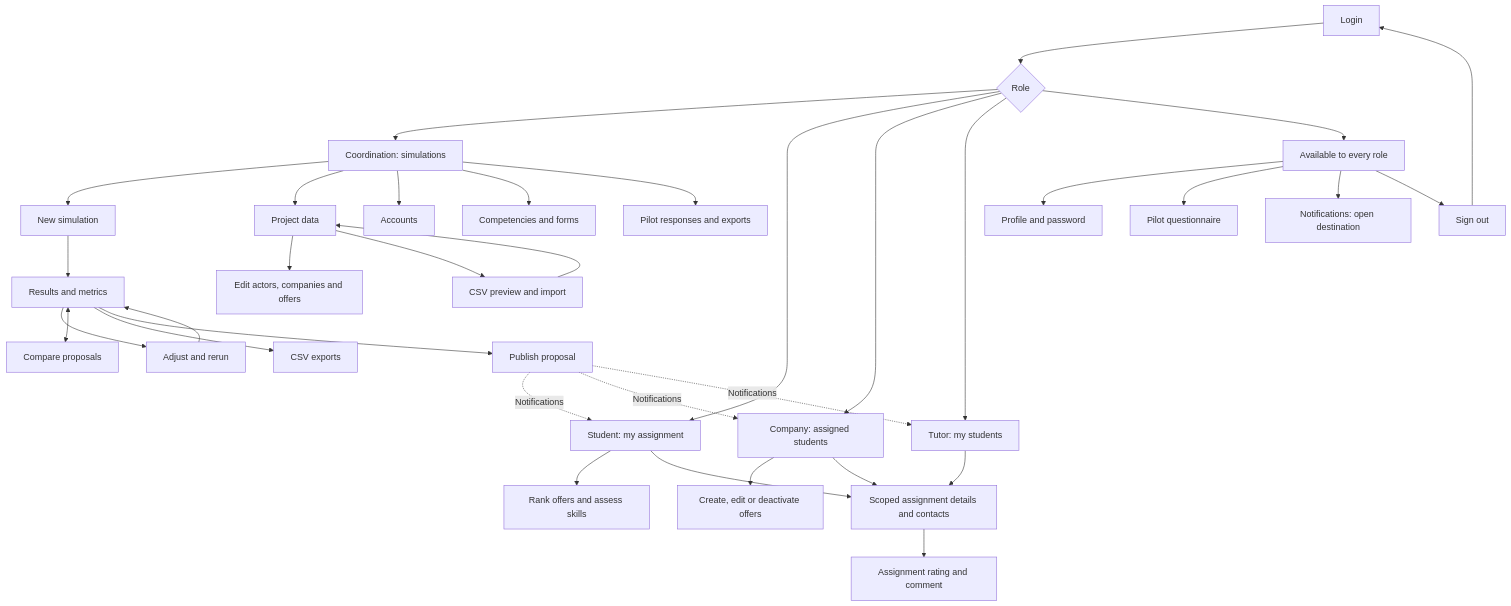
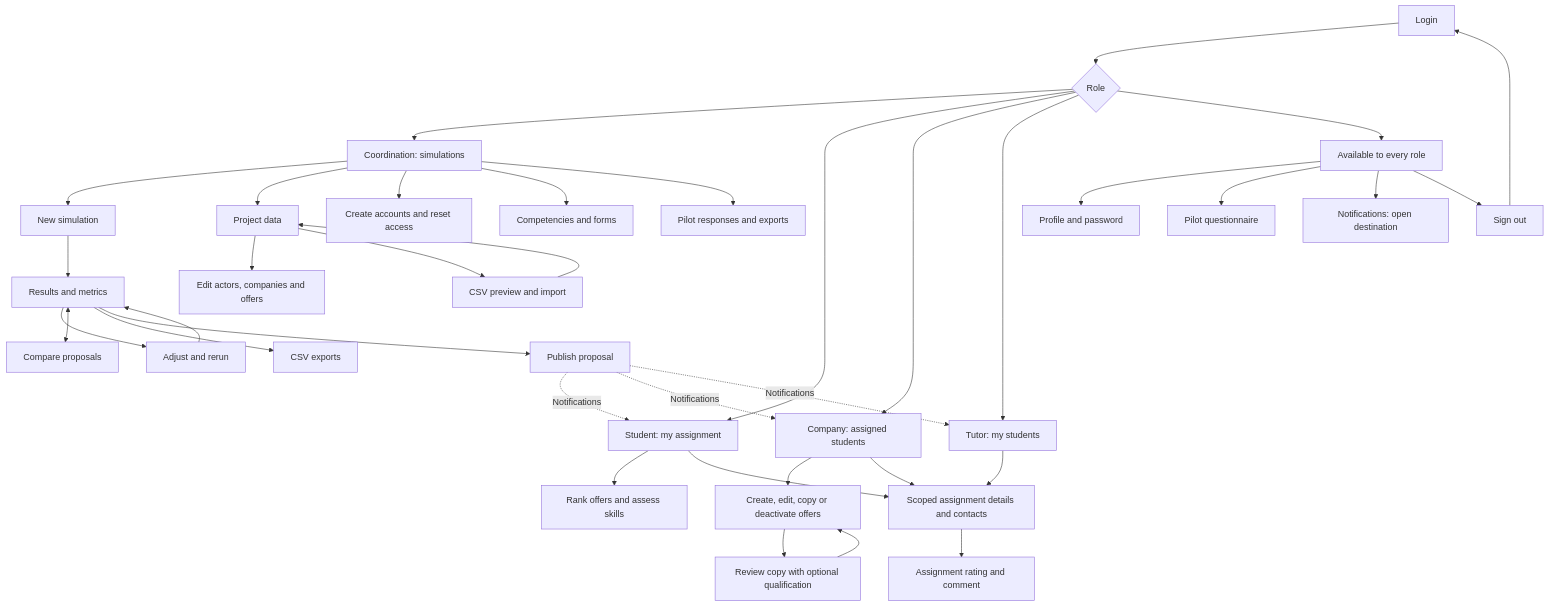
One commit to CarlosCanut/sipa-UPV changed the diagram in docs/navigation.md. Above: the diagram before and after it, drawn with Mermaid. The commit also changed other lines of this file and 5 other files, not shown here.

First line of the commit message:
update[docs]: document deployment architecture and verification

````diff
--- a/docs/navigation.md
+++ b/docs/navigation.md
@@ -15,37 +15,39 @@
 ```mermaid
 flowchart TD
     Login[Login] --> Role{Role}
     Role --> A[Coordination: simulations]
     Role --> S[Student: my assignment]
     Role --> C[Company: assigned students]
     Role --> T[Tutor: my students]
     A --> New[New simulation]
     New --> Result[Results and metrics]
     Result --> Rerun[Adjust and rerun]
     Rerun --> Result
     Result <--> Compare[Compare proposals]
     Result --> Export[CSV exports]
     Result --> Publish[Publish proposal]
     A --> Data[Project data]
     Data --> Edit[Edit actors, companies and offers]
     Data --> Import[CSV preview and import]
     Import --> Data
-    A --> Users[Accounts]
+    A --> Users[Create accounts and reset access]
     A --> Catalog[Competencies and forms]
     S --> Preferences[Rank offers and assess skills]
-    C --> Offers[Create, edit or deactivate offers]
+    C --> Offers[Create, edit, copy or deactivate offers]
+    Offers --> Copy[Review copy with optional qualification]
+    Copy --> Offers
     S --> Detail[Scoped assignment details and contacts]
     C --> Detail
     T --> Detail
     Detail --> Rating[Assignment rating and comment]
     Publish -. Notifications .-> S
     Publish -. Notifications .-> C
     Publish -. Notifications .-> T
     Role --> Shared[Available to every role]
     Shared --> Profile[Profile and password]
     Shared --> Survey[Pilot questionnaire]
     A --> Evaluation[Pilot responses and exports]
     Shared --> Bell[Notifications: open destination]
     Shared --> Logout[Sign out]
     Logout --> Login
 ```
````
